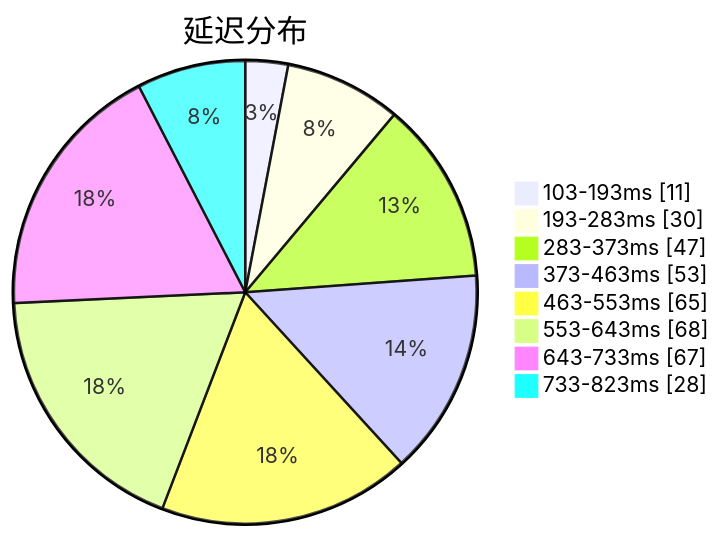
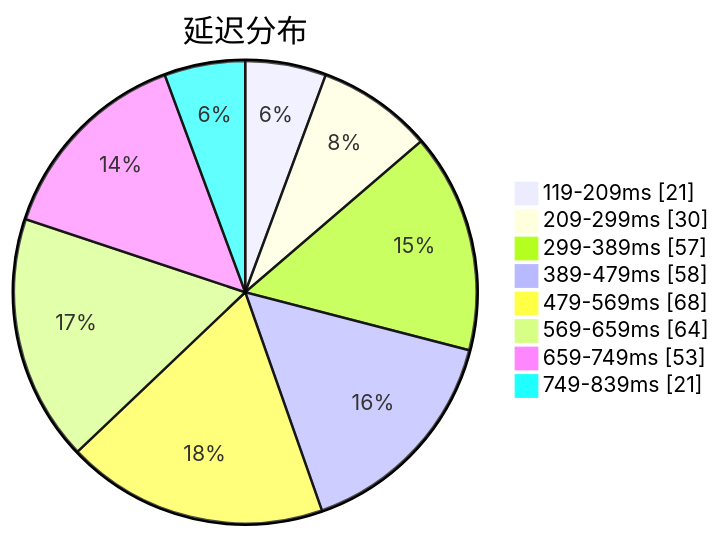
The first of 3 diagrams in subs/statistics/tested_within.md (sinspired/airport), drawn with Mermaid before and after one commit. The commit also changed other lines of this file and 2 other files, not shown here.

````diff
--- a/subs/statistics/tested_within.md
+++ b/subs/statistics/tested_within.md
@@ -2,12 +2,12 @@
 ```mermaid
 pie showData
 title 延迟分布
-"103-193ms" : 11
-"193-283ms" : 30
-"283-373ms" : 47
-"373-463ms" : 53
-"463-553ms" : 65
-"553-643ms" : 68
-"643-733ms" : 67
-"733-823ms" : 28
+"119-209ms" : 21
+"209-299ms" : 30
+"299-389ms" : 57
+"389-479ms" : 58
+"479-569ms" : 68
+"569-659ms" : 64
+"659-749ms" : 53
+"749-839ms" : 21
 ```
````
